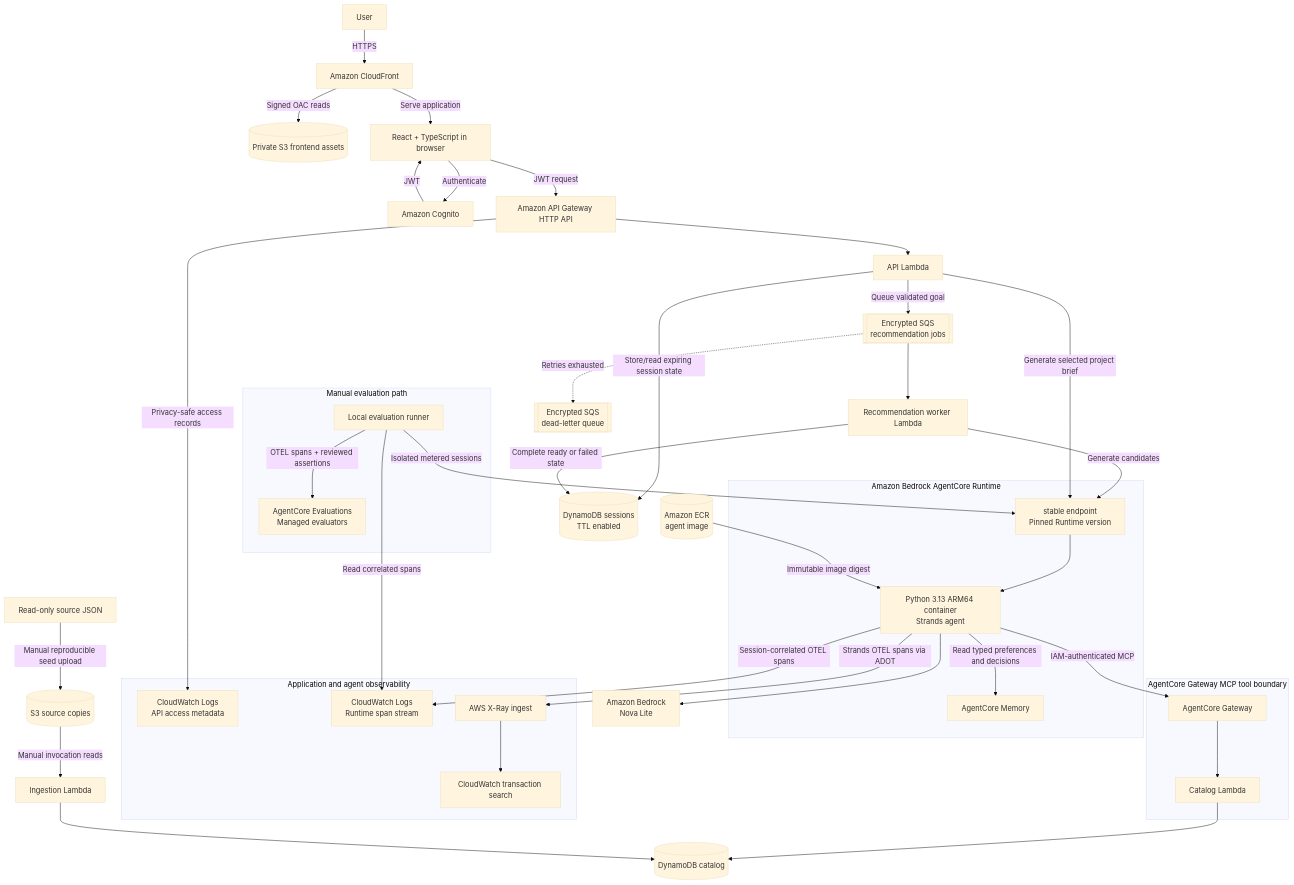
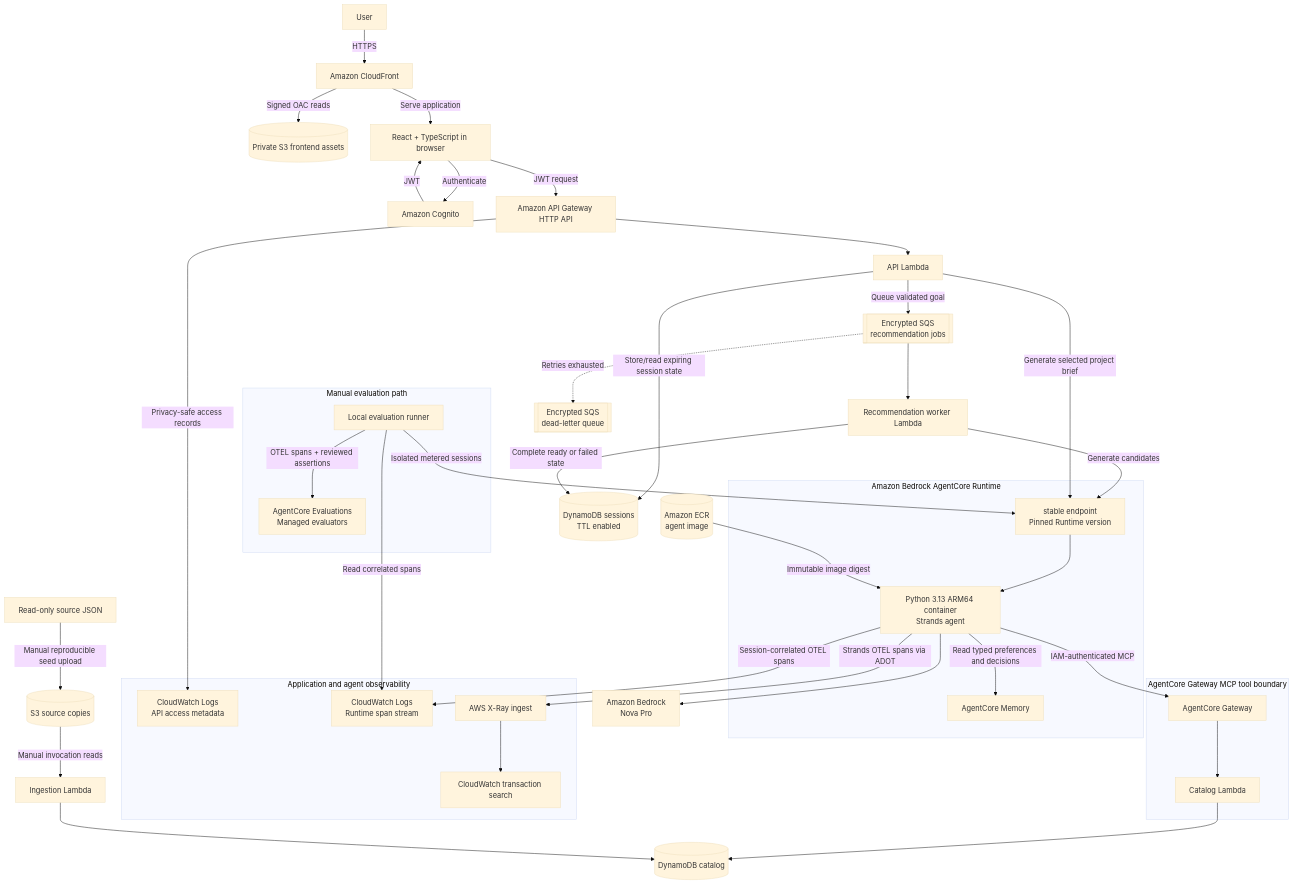
Before and after one commit to barrettotte/praxis: the diagram in README.md, drawn with Mermaid (base theme). The commit also changed 30 other files, not shown here.

Commit message:
automate model evaluation and promote Nova Pro

````diff
--- a/README.md
+++ b/README.md
@@ -9,62 +9,62 @@
 ```mermaid
 flowchart TD
     user[User] -->|HTTPS| edge[Amazon CloudFront]
     edge -->|Signed OAC reads| frontendAssets[(Private S3 frontend assets)]
     edge -->|Serve application| ui[React + TypeScript in browser]
     ui -->|Authenticate| cognito[Amazon Cognito]
     cognito -->|JWT| ui
     ui -->|JWT request| apiGateway[Amazon API Gateway HTTP API]
     apiGateway --> apiLambda[API Lambda]
     apiLambda -->|Store/read expiring session state| sessions[(DynamoDB sessions<br/>TTL enabled)]
     apiLambda -->|Queue validated goal| jobs[[Encrypted SQS<br/>recommendation jobs]]
     jobs --> worker[Recommendation worker Lambda]
     jobs -.->|Retries exhausted| deadLetter[[Encrypted SQS<br/>dead-letter queue]]
     worker -->|Complete ready or failed state| sessions
 
     subgraph runtime[Amazon Bedrock AgentCore Runtime]
         runtimeEndpoint[stable endpoint<br/>Pinned Runtime version]
         agent[Python 3.13 ARM64 container<br/>Strands agent]
         memory[AgentCore Memory]
         runtimeEndpoint --> agent
         agent -->|Read typed preferences and decisions| memory
     end
 
     worker -->|Generate candidates| runtimeEndpoint
     apiLambda -->|Generate selected project brief| runtimeEndpoint
-    agent --> bedrock[Amazon Bedrock<br/>Nova Lite]
+    agent --> bedrock[Amazon Bedrock<br/>Nova Pro]
     agentImage[(Amazon ECR<br/>agent image)] -->|Immutable image digest| agent
 
     subgraph observability[Application and agent observability]
         apiAccessLogs[CloudWatch Logs<br/>API access metadata]
         runtimeSpans[CloudWatch Logs<br/>Runtime span stream]
         xray[AWS X-Ray ingest]
         cloudwatch[CloudWatch transaction search]
         xray --> cloudwatch
     end
 
     apiGateway -->|Privacy-safe access records| apiAccessLogs
     agent -->|Strands OTEL spans via ADOT| xray
     agent -->|Session-correlated OTEL spans| runtimeSpans
 
     subgraph evaluation[Manual evaluation path]
         evalRunner[Local evaluation runner]
         managedEvaluators[AgentCore Evaluations<br/>Managed evaluators]
         evalRunner -->|OTEL spans + reviewed assertions| managedEvaluators
     end
 
     evalRunner -->|Isolated metered sessions| runtimeEndpoint
     evalRunner -->|Read correlated spans| runtimeSpans
 
     subgraph tools[AgentCore Gateway MCP tool boundary]
         gateway[AgentCore Gateway]
         catalogLambda[Catalog Lambda]
         gateway --> catalogLambda
     end
 
     agent -->|IAM-authenticated MCP| gateway
     catalogLambda --> catalog[(DynamoDB catalog)]
 
     sources[Read-only source JSON] -->|Manual reproducible seed upload| sourceBucket[(S3 source copies)]
     sourceBucket -->|Manual invocation reads| ingestion[Ingestion Lambda]
     ingestion --> catalog
 ```
````
